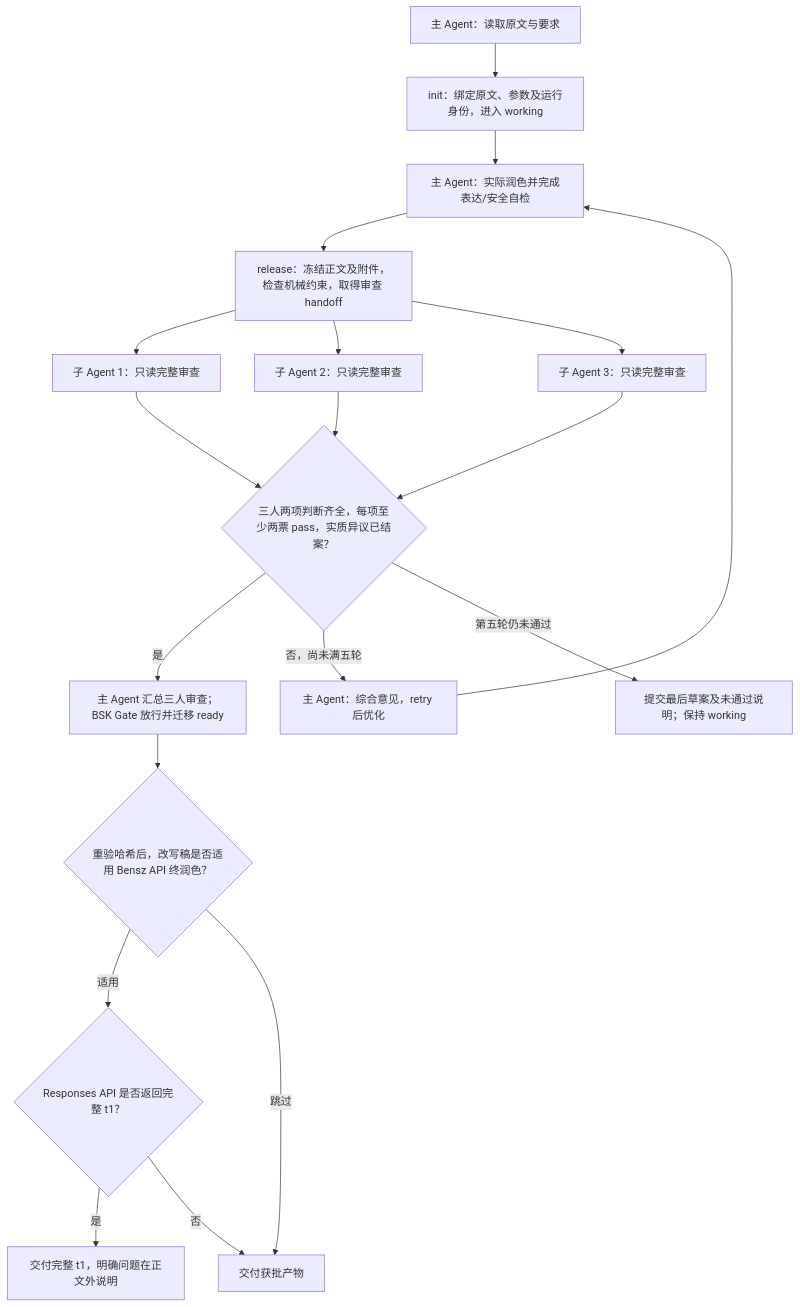
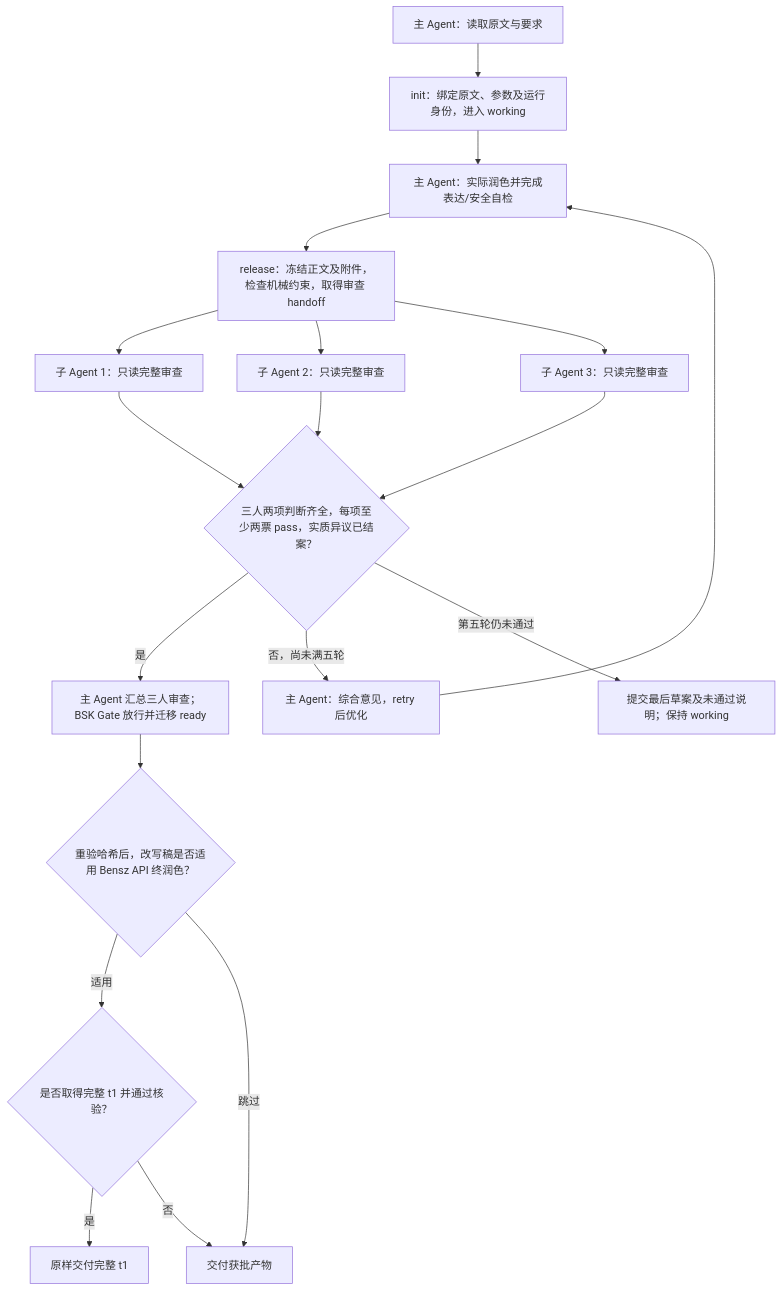
The diagram in skills/alpha/humanization/README.md (huangwb8/skills), drawn with Mermaid before and after one commit. The commit also changed other lines of this file and 10 other files, not shown here.

````diff
--- a/skills/alpha/humanization/README.md
+++ b/skills/alpha/humanization/README.md
@@ -40,21 +40,21 @@
 ```mermaid
 flowchart TD
     A["主 Agent：读取原文与要求"] --> B["init：绑定原文、参数及运行身份，进入 working"]
     B --> C["主 Agent：实际润色并完成表达/安全自检"]
     C --> D["release：冻结正文及附件，检查机械约束，取得审查 handoff"]
     D --> R1["子 Agent 1：只读完整审查"]
     D --> R2["子 Agent 2：只读完整审查"]
     D --> R3["子 Agent 3：只读完整审查"]
     R1 --> Q{"三人两项判断齐全，每项至少两票 pass，实质异议已结案？"}
     R2 --> Q
     R3 --> Q
     Q -->|是| G["主 Agent 汇总三人审查；BSK Gate 放行并迁移 ready"]
     G --> F{"重验哈希后，改写稿是否适用 Bensz API 终润色？"}
-    F -->|适用| P{"Responses API 是否返回完整 t1？"}
-    P -->|是| T["交付完整 t1，明确问题在正文外说明"]
+    F -->|适用| P{"是否取得完整 t1 并通过核验？"}
+    P -->|是| T["原样交付完整 t1"]
     F -->|跳过| O["交付获批产物"]
     P -->|否| O
     Q -->|否，尚未满五轮| E["主 Agent：综合意见，retry 后优化"]
     E --> C
     Q -->|第五轮仍未通过| X["提交最后草案及未通过说明；保持 working"]
 ```
````
